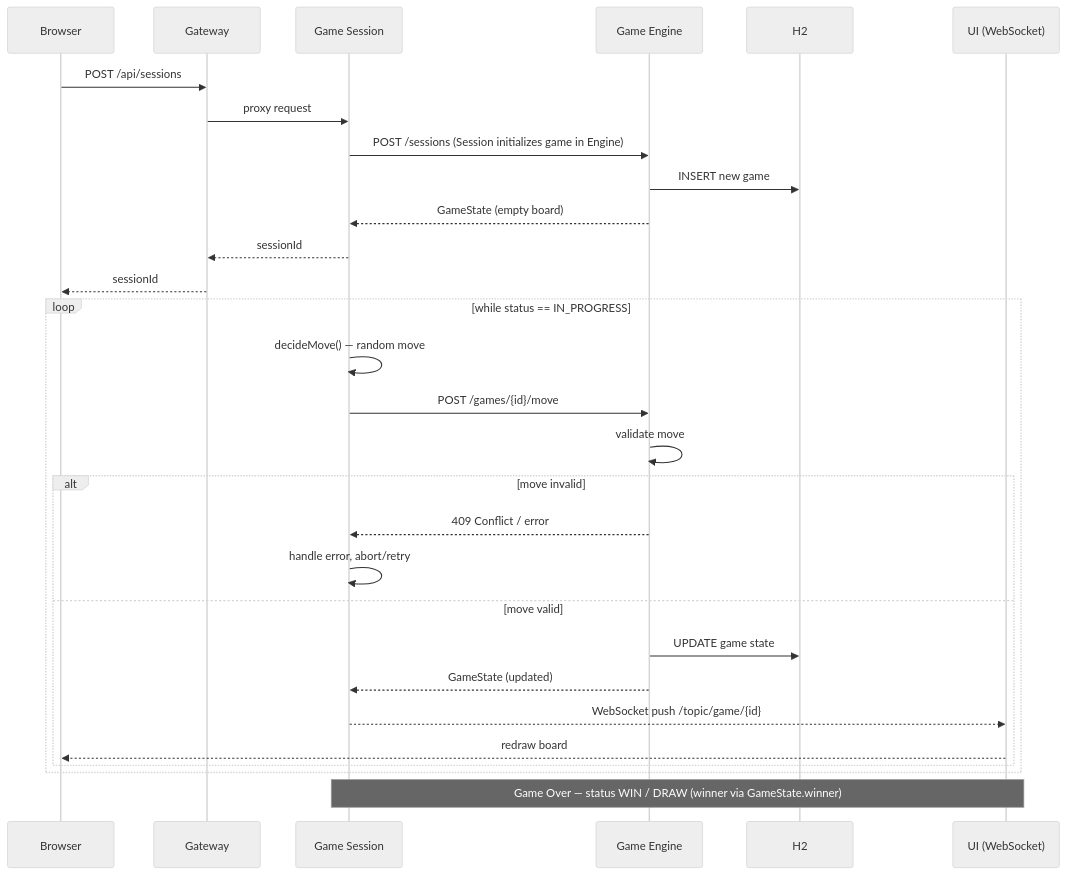
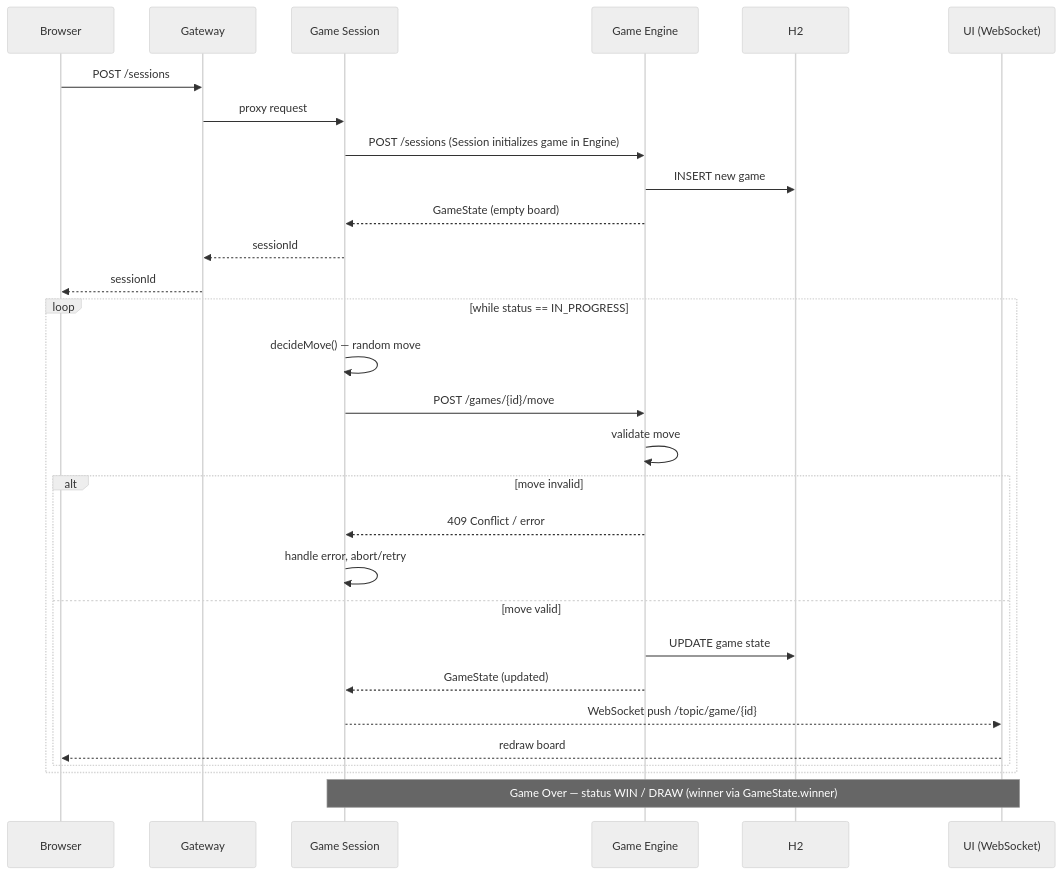
One commit to andrey56097/tik-tak-toe changed the second of 3 diagrams in docs/tic-tac-toe-plan.md. Above: the diagram before and after it, drawn with Mermaid (neutral theme). The commit also changed other lines of this file and 1 other file, not shown here.

````diff
--- a/docs/tic-tac-toe-plan.md
+++ b/docs/tic-tac-toe-plan.md
@@ -198,34 +197,34 @@
 ```mermaid
 sequenceDiagram
     participant B as Browser
     participant GW as Gateway
     participant S as Game Session
     participant E as Game Engine
     participant DB as H2
     participant U as UI (WebSocket)
 
-    B->>GW: POST /api/sessions
+    B->>GW: POST /sessions
     GW->>S: proxy request
     S->>E: POST /sessions (Session initializes game in Engine)
     E->>DB: INSERT new game
     E-->>S: GameState (empty board)
     S-->>GW: sessionId
     GW-->>B: sessionId
 
     loop while status == IN_PROGRESS
         S->>S: decideMove() — random move
         S->>E: POST /games/{id}/move
         E->>E: validate move
         alt move invalid
             E-->>S: 409 Conflict / error
             S->>S: handle error, abort/retry
         else move valid
             E->>DB: UPDATE game state
             E-->>S: GameState (updated)
             S-->>U: WebSocket push /topic/game/{id}
             U-->>B: redraw board
         end
     end
 
     Note over S,U: Game Over — status WIN / DRAW (winner via GameState.winner)
 ```
````
